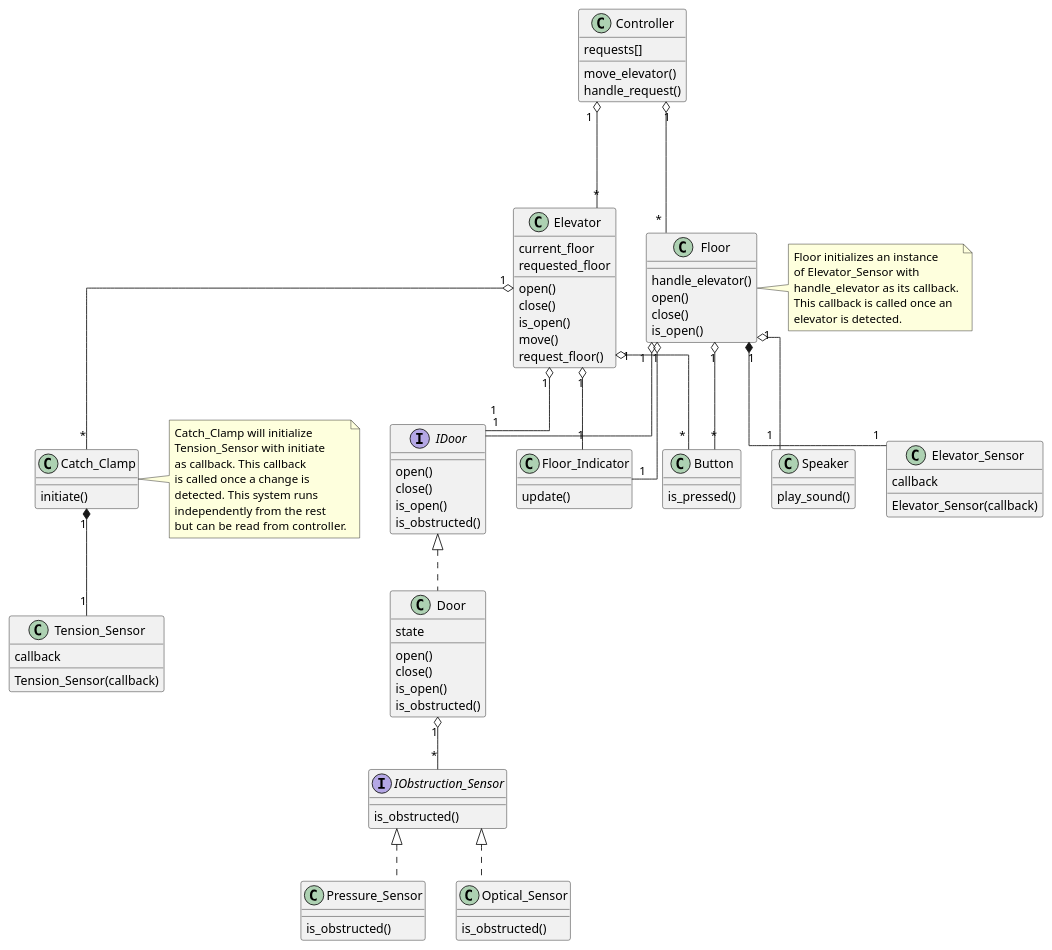
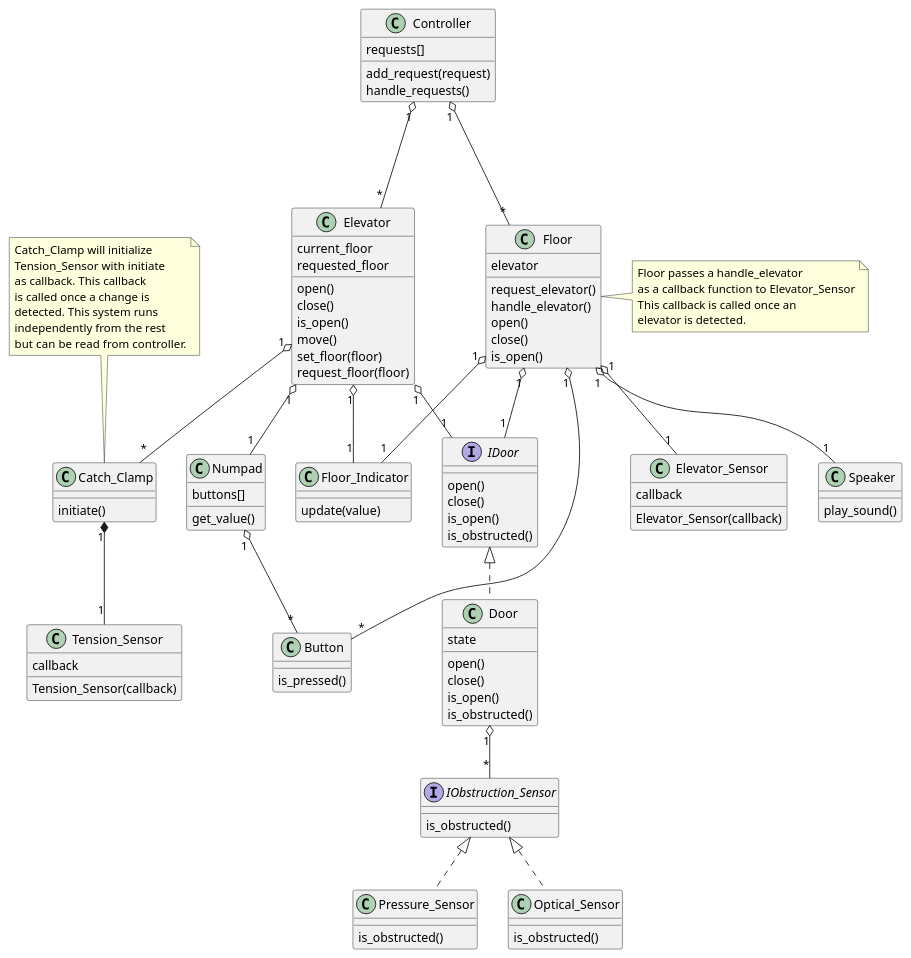
One commit to MarijnVerschuren/Tech changed the diagram in software/design/elevator/class_diagram.puml. Above: the diagram before and after it, drawn with PlantUML. The commit also changed 10 other files, not shown here.

```diff
--- a/software/design/elevator/class_diagram.puml
+++ b/software/design/elevator/class_diagram.puml
@@ -1,105 +1,115 @@
 @startuml
-skinparam linetype ortho
+'skinparam linetype ortho
 
 interface IDoor {
 	open()
 	close()
 	is_open()
 	is_obstructed()
 }
 interface IObstruction_Sensor {
 	is_obstructed()
 }
 
 class Controller {
 	requests[]
 
-	move_elevator()
-	handle_request()
+	add_request(request)
+	handle_requests()
 }
 class Elevator {
 	current_floor
 	requested_floor
 
 	open()
 	close()
 	is_open()
 	move()
-	request_floor()
+	set_floor(floor)
+	request_floor(floor)
 }
 class Floor {
+	elevator
+
+	request_elevator()
 	handle_elevator()
 	open()
 	close()
 	is_open()
 }
 note right
-Floor initializes an instance
-of Elevator_Sensor with
-handle_elevator as its callback.
+Floor passes a handle_elevator
+as a callback function to Elevator_Sensor
 This callback is called once an
 elevator is detected.
 end note
 class Door {
 	state
 
 	open()
 	close()
 	is_open()
 	is_obstructed()
 }
 class Pressure_Sensor {
 	is_obstructed()
 }
 class Optical_Sensor {
 	is_obstructed()
 }
 class Tension_Sensor {
 	callback
+
 	Tension_Sensor(callback)
 }
 class Catch_Clamp {
 	initiate()
 }
-note left
+note top
 Catch_Clamp will initialize
 Tension_Sensor with initiate
 as callback. This callback
 is called once a change is
 detected. This system runs
 independently from the rest
 but can be read from controller.
 end note
 class Floor_Indicator {
-	update()
+	update(value)
 }
 class Elevator_Sensor {
 	callback
 
 	Elevator_Sensor(callback)
 }
 class Button {
 	is_pressed()
+}
+class Numpad {
+	buttons[]
+
+	get_value()
 }
 class Speaker {
 	play_sound()
 }
 
 Controller			"1" o--- "*"	Floor
 Controller			"1" o--- "*"	Elevator
 IDoor					<|..		Door
 Elevator			"1" o-- "1"		IDoor
 Floor				"1" o-- "1"		IDoor
 Door				"1" o-- "*"		IObstruction_Sensor
 IObstruction_Sensor		<|..		Pressure_Sensor
 IObstruction_Sensor		<|..		Optical_Sensor
 Elevator			"1" o-- "1"		Floor_Indicator
 Floor				"1" o-- "1"		Floor_Indicator
-Elevator			"1" o-- "*"		Button
-Floor				"1" o-- "*"		Button
-Floor				"1" *-- "1"		Elevator_Sensor
+Elevator			"1" o-- "1"		Numpad
+Floor				"1" o- "*"		Button
+Numpad				"1" o-- "*"		Button
+Floor				"1" o-- "1"		Elevator_Sensor
 Floor				"1" o-- "1"		Speaker
 Elevator			"1" o-- "*"		Catch_Clamp
 Catch_Clamp			"1" *-- "1"		Tension_Sensor
 
 @enduml
```
